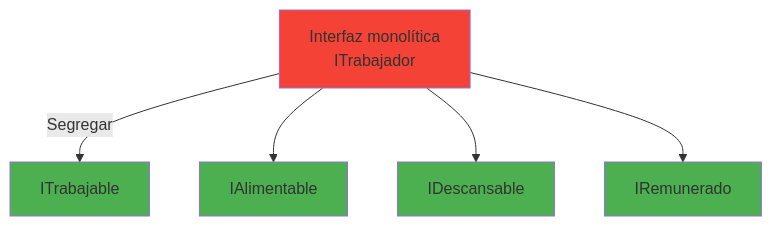
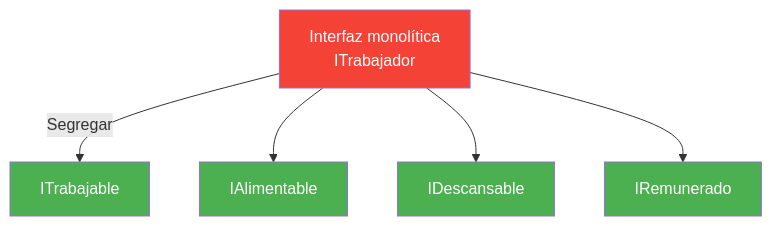
Before and after one commit to joseluisgs/DesarrolloWebEntornosServidor-01-2026-2027: the ninth of 17 diagrams in csharp_inicial/05-PatronesArquitecturas.md, drawn with Mermaid. The commit also changed other lines of this file and 66 other files, not shown here.

First line of the commit message:
fix: normalizar titulos al castellano de frase y corregir la paleta de mermaid

````diff
--- a/csharp_inicial/05-PatronesArquitecturas.md
+++ b/csharp_inicial/05-PatronesArquitecturas.md
@@ -449,13 +449,13 @@
 ```mermaid
 graph TD
     A["Interfaz monolítica<br/>ITrabajador"] -->|Segregar| B["ITrabajable"]
     A --> C["IAlimentable"]
     A --> D["IDescansable"]
     A --> E["IRemunerado"]
     
-    style A fill:#F44336
-    style B fill:#4CAF50
-    style C fill:#4CAF50
-    style D fill:#4CAF50
-    style E fill:#4CAF50
+    style A fill:#F44336,color:#fff
+    style B fill:#4CAF50,color:#fff
+    style C fill:#4CAF50,color:#fff
+    style D fill:#4CAF50,color:#fff
+    style E fill:#4CAF50,color:#fff
 ```
````
